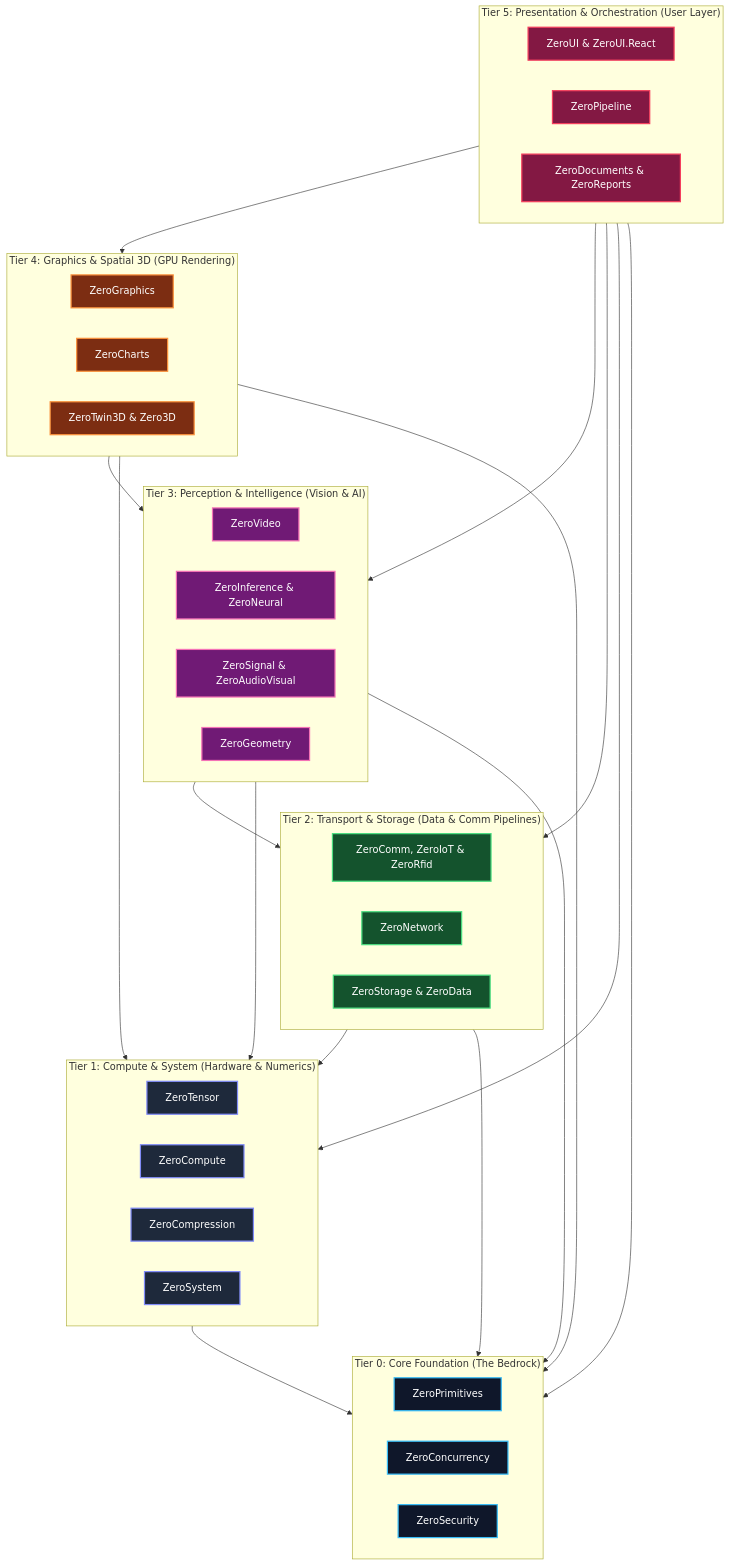
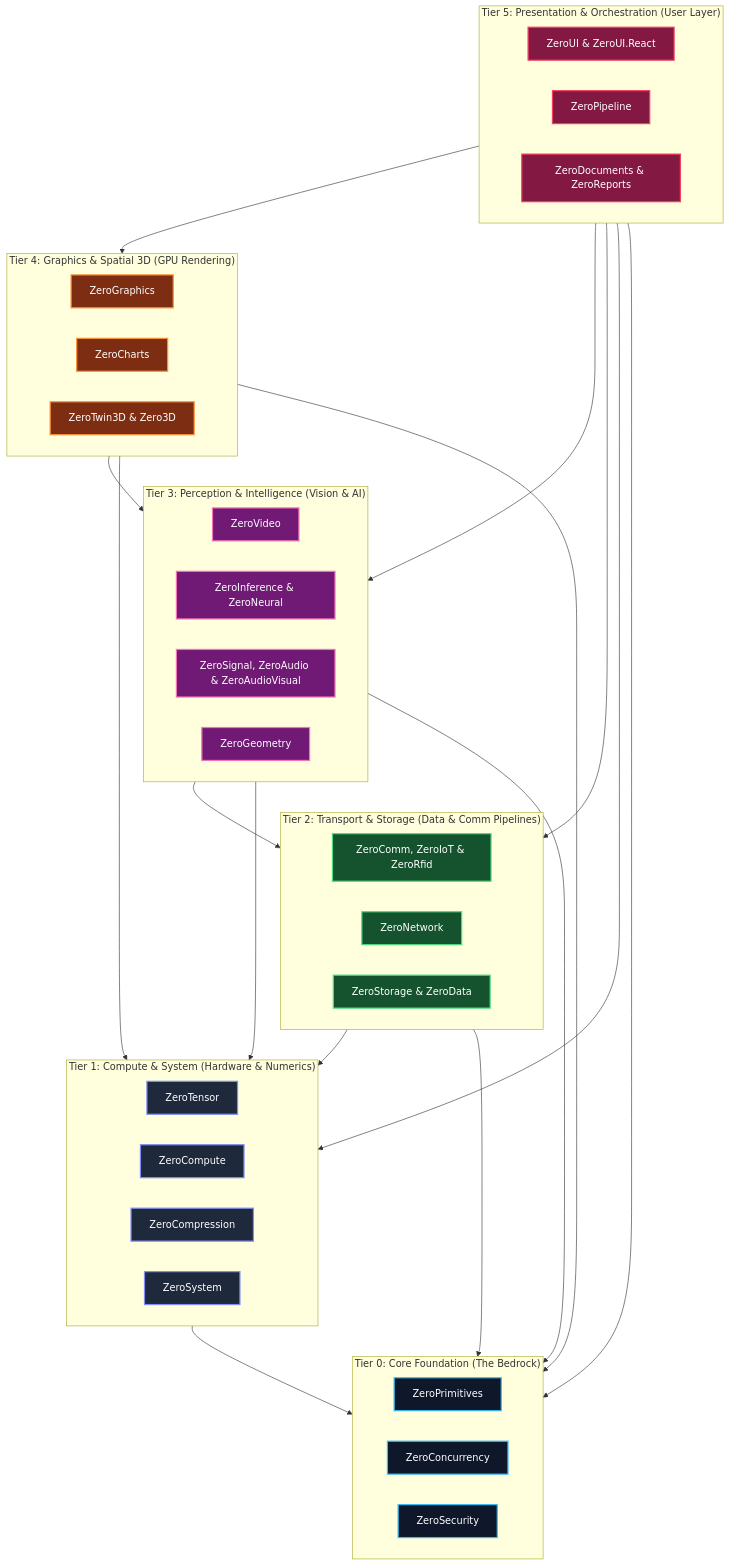
Before and after one commit to kzxl/ZeroPlatform: the diagram in docs/architect/platform-architecture.md, drawn with Mermaid. The commit also changed 1 other file, not shown here.

Commit message:
docs(governance): enshrine Minimal Allocation and Pragmatic Efficiency standard into tier taxonomy

````diff
--- a/docs/architect/platform-architecture.md
+++ b/docs/architect/platform-architecture.md
@@ -13,53 +13,53 @@
 ```mermaid
 graph TD
     classDef l0 fill:#0f172a,stroke:#38bdf8,stroke-width:2px,color:#fff;
     classDef l1 fill:#1e293b,stroke:#818cf8,stroke-width:2px,color:#fff;
     classDef l2 fill:#14532d,stroke:#4ade80,stroke-width:2px,color:#fff;
     classDef l3 fill:#701a75,stroke:#f472b6,stroke-width:2px,color:#fff;
     classDef l4 fill:#7c2d12,stroke:#fb923c,stroke-width:2px,color:#fff;
     classDef l5 fill:#831843,stroke:#f43f5e,stroke-width:2px,color:#fff;
 
     subgraph L5 ["Tier 5: Presentation & Orchestration (User Layer)"]
         UI["ZeroUI & ZeroUI.React"]:::l5
         Pipe["ZeroPipeline"]:::l5
         Docs["ZeroDocuments & ZeroReports"]:::l5
     end
 
     subgraph L4 ["Tier 4: Graphics & Spatial 3D (GPU Rendering)"]
         Gfx["ZeroGraphics"]:::l4
         Charts["ZeroCharts"]:::l4
         Twin["ZeroTwin3D & Zero3D"]:::l4
     end
 
     subgraph L3 ["Tier 3: Perception & Intelligence (Vision & AI)"]
         Video["ZeroVideo"]:::l3
         Infer["ZeroInference & ZeroNeural"]:::l3
-        Sig["ZeroSignal & ZeroAudioVisual"]:::l3
+        Sig["ZeroSignal, ZeroAudio & ZeroAudioVisual"]:::l3
         Geom["ZeroGeometry"]:::l3
     end
 
     subgraph L2 ["Tier 2: Transport & Storage (Data & Comm Pipelines)"]
         Comm["ZeroComm, ZeroIoT & ZeroRfid"]:::l2
         Net["ZeroNetwork"]:::l2
         Store["ZeroStorage & ZeroData"]:::l2
     end
 
     subgraph L1 ["Tier 1: Compute & System (Hardware & Numerics)"]
         Tensor["ZeroTensor"]:::l1
         Comp["ZeroCompute"]:::l1
         Compres["ZeroCompression"]:::l1
         Sys["ZeroSystem"]:::l1
     end
 
     subgraph L0 ["Tier 0: Core Foundation (The Bedrock)"]
         Prim["ZeroPrimitives"]:::l0
         Conc["ZeroConcurrency"]:::l0
         Sec["ZeroSecurity"]:::l0
     end
 
     L5 --> L4 & L3 & L2 & L1 & L0
     L4 --> L3 & L1 & L0
     L3 --> L2 & L1 & L0
     L2 --> L1 & L0
     L1 --> L0
 ```
````
